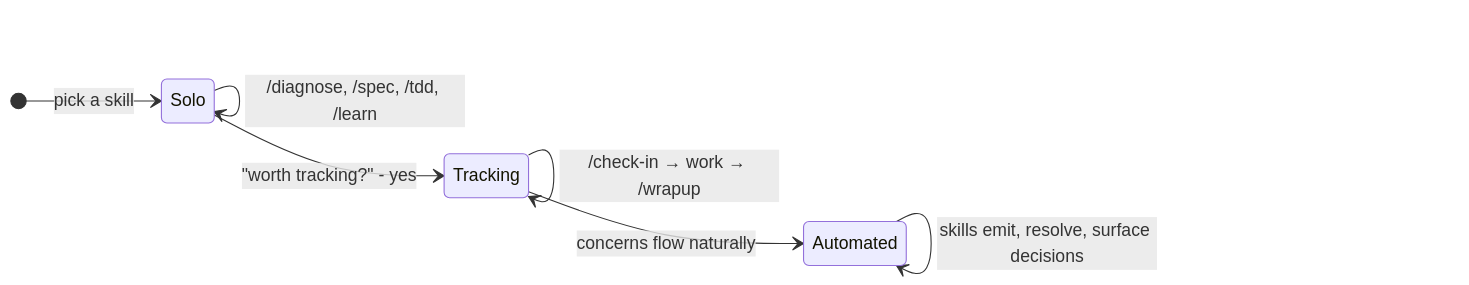
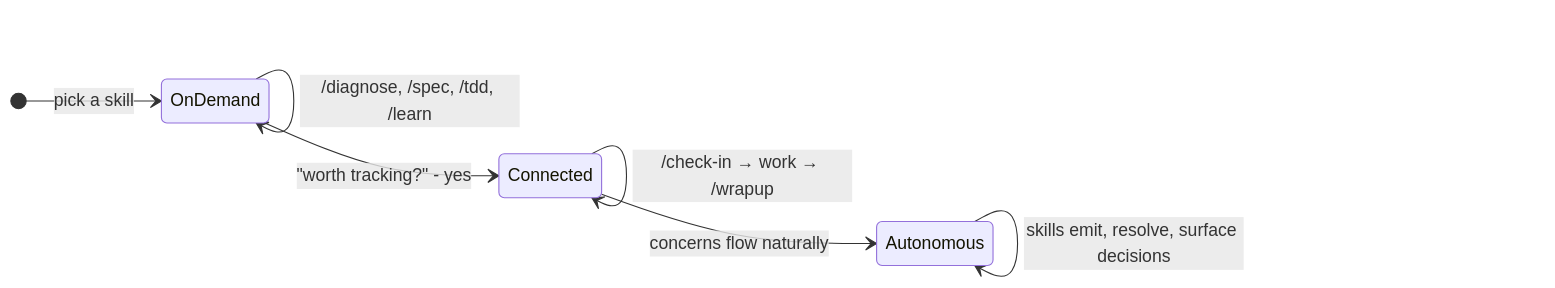
One commit to Max-Zhuuu/waypoint-skills changed the diagram in README.md. Above: the diagram before and after it, drawn with Mermaid. The commit also changed other lines of this file, not shown here.

Commit message:
Rename tiers: Solo/Tracking/Automated -> On demand/Connected/Autonomous

````diff
--- a/README.md
+++ b/README.md
@@ -74,10 +74,10 @@
 ```mermaid
 stateDiagram-v2
     direction LR
-    [*] --> Solo : pick a skill
-    Solo --> Solo : /diagnose, /spec, /tdd, /learn
-    Solo --> Tracking : "worth tracking?" - yes
-    Tracking --> Tracking : /check-in → work → /wrapup
-    Tracking --> Automated : concerns flow naturally
-    Automated --> Automated : skills emit, resolve, surface decisions
+    [*] --> OnDemand : pick a skill
+    OnDemand --> OnDemand : /diagnose, /spec, /tdd, /learn
+    OnDemand --> Connected : "worth tracking?" - yes
+    Connected --> Connected : /check-in → work → /wrapup
+    Connected --> Autonomous : concerns flow naturally
+    Autonomous --> Autonomous : skills emit, resolve, surface decisions
 ```
````
